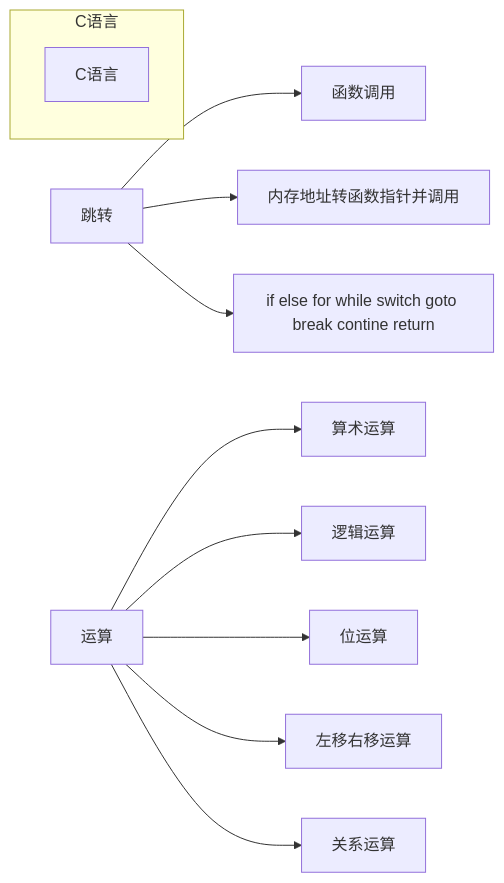
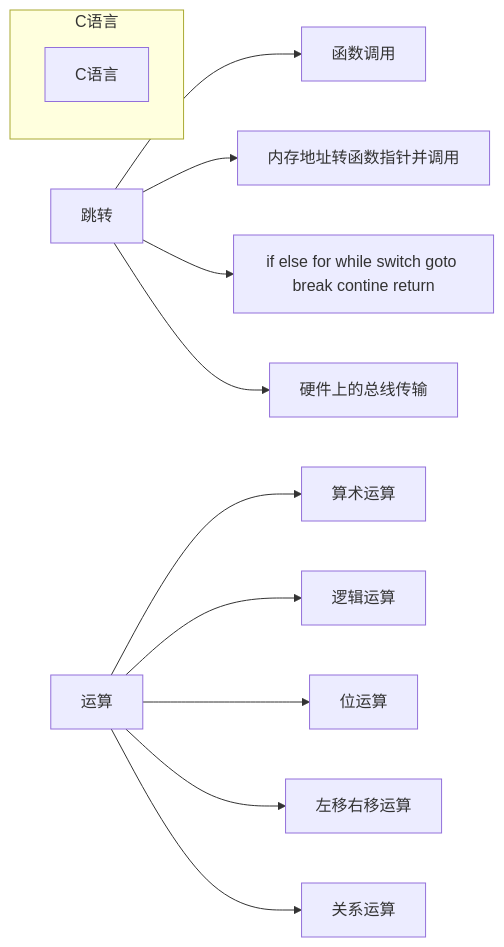
One commit to xuan07472/embedded_programming_skills changed the fourth of 4 diagrams in 0_doc/02-C语言框架讲解.md. Above: the diagram before and after it, drawn with Mermaid. The commit also changed other lines of this file, not shown here.

````diff
--- a/0_doc/02-C语言框架讲解.md
+++ b/0_doc/02-C语言框架讲解.md
@@ -158,24 +162,26 @@
 ```mermaid
 graph LR
 subgraph C语言
 A[C语言]
 end
 B[跳转]
 B1[函数调用]
 B2[内存地址转函数指针并调用]
 B3[if else for while switch goto break contine return]
+B4[硬件上的总线传输]
 B-->B1
 B-->B2
 B-->B3
+B-->B4
 C[运算]
 C1[算术运算]
 C2[逻辑运算]
 C3[位运算]
 C4[左移右移运算]
 C5[关系运算]
 C-->C1
 C-->C2
 C-->C3
 C-->C4
 C-->C5
 ```
````
